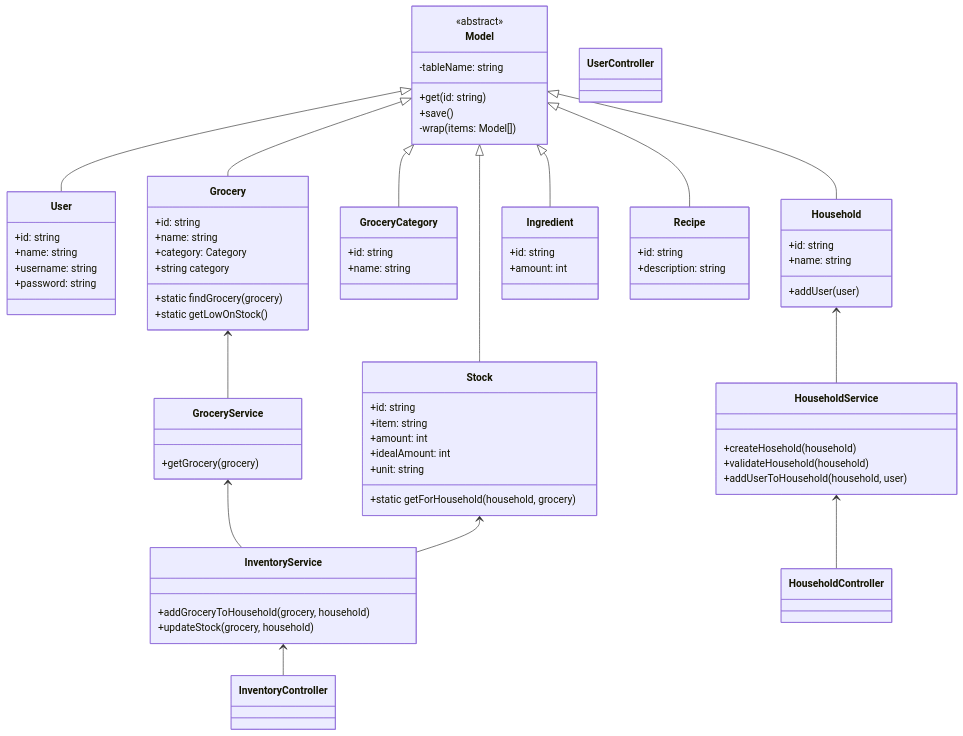
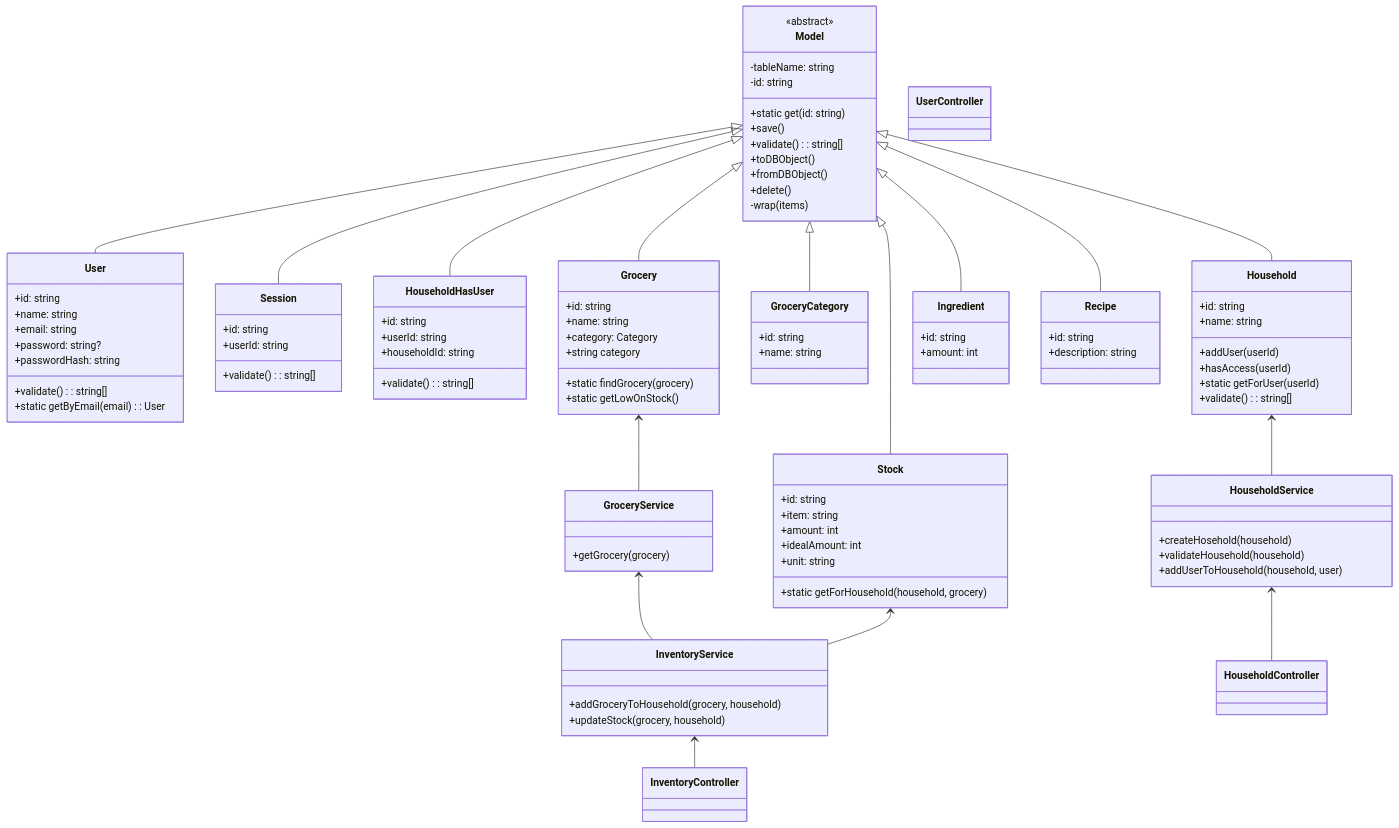
Before and after one commit to danielplan/wastend: the diagram in docs/backend-class-diagram.md, drawn with Mermaid. The commit also changed 4 other files, not shown here.

Commit message:
updated diagrams

```diff
--- a/docs/backend-class-diagram.md
+++ b/docs/backend-class-diagram.md
@@ -5,15 +5,34 @@
 class Model {
     <<abstract>>
     -tableName: string
-    +get(id: string)
+    -id: string
+    +static get(id: string)
     +save()
-    -wrap(items: Model[])
+    +validate(): string[]
+    +toDBObject()
+    +fromDBObject()
+    +delete()
+    -wrap(items)
 }
 class User {
     +id: string
     +name: string
-    +username: string
-    +password: string
+    +email: string
+    +password: string?
+    +passwordHash: string
+    +validate(): string[]
+    +static getByEmail(email): User
+}
+class Session {
+    +id: string
+    +userId: string
+    +validate(): string[]
+}
+class HouseholdHasUser {
+    +id: string
+    +userId: string
+    +householdId: string
+    +validate(): string[]
 }
 class Grocery {
     +id: string
@@ -38,7 +57,10 @@
 class Household {
     +id: string
     +name: string
-    +addUser(user)
+    +addUser(userId)
+    +hasAccess(userId)
+    +static getForUser(userId)
+    +validate(): string[]
 }
 class Ingredient {
     +id: string
@@ -76,6 +98,8 @@
 Model <|-- GroceryCategory
 Model <|-- Recipe
 Model <|-- Ingredient
+Model <|-- Session
+Model <|-- HouseholdHasUser
 Household <-- HouseholdService 
 Grocery <-- GroceryService 
 GroceryService <-- InventoryService 
```
